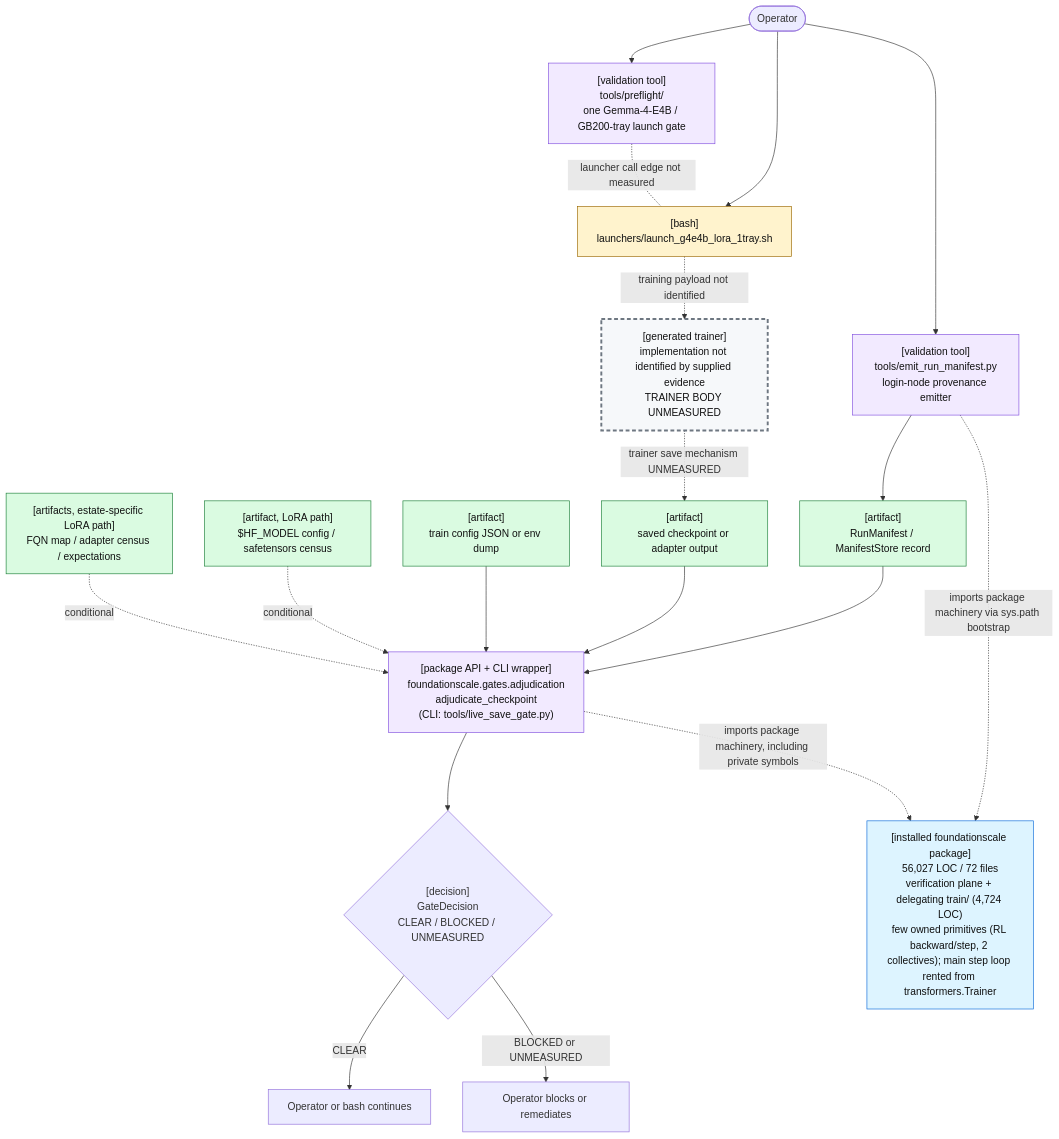
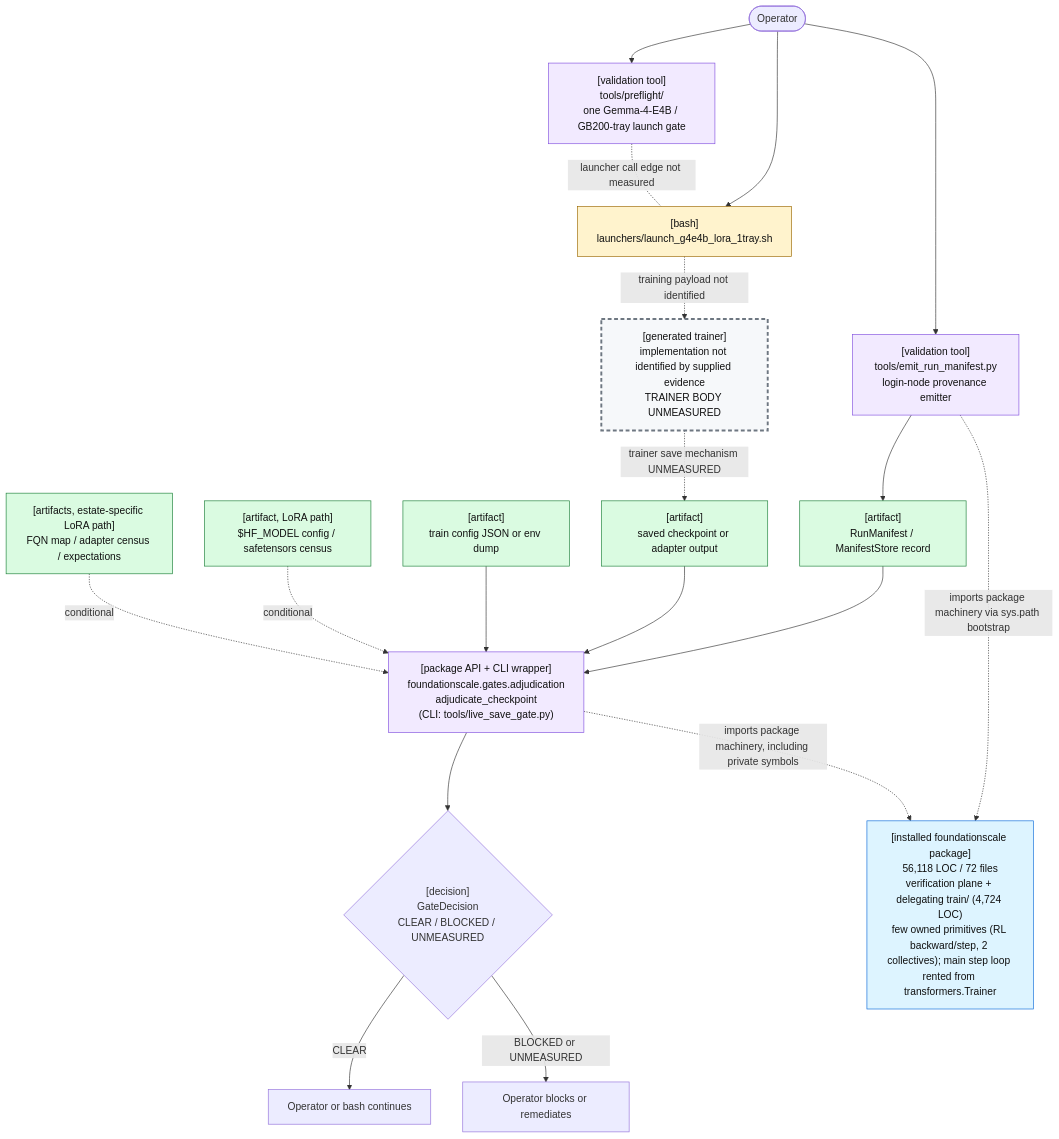
One commit to TranNhiem/FoundationScale changed the first of 2 diagrams in docs/review/D2_current_architecture.md. Above: the diagram before and after it, drawn with Mermaid. The commit also changed other lines of this file and 13 other files, not shown here.

````diff
--- a/docs/review/D2_current_architecture.md
+++ b/docs/review/D2_current_architecture.md
@@ -25,59 +25,59 @@
 ```mermaid
 flowchart TB
   O(["Operator"])
 
   PF["[validation tool]<br/>tools/preflight/<br/>one Gemma-4-E4B / GB200-tray launch gate"]
   L["[bash]<br/>launchers/launch_g4e4b_lora_1tray.sh"]
 
   E["[validation tool]<br/>tools/emit_run_manifest.py<br/>login-node provenance emitter"]
   M["[artifact]<br/>RunManifest / ManifestStore record"]
 
   T["[generated trainer]<br/>implementation not identified by supplied evidence<br/>TRAINER BODY UNMEASURED"]
   C["[artifact]<br/>saved checkpoint or adapter output"]
 
   G["[package API + CLI wrapper]<br/>foundationscale.gates.adjudication<br/>adjudicate_checkpoint<br/>(CLI: tools/live_save_gate.py)"]
   CFG["[artifact]<br/>train config JSON or env dump"]
   BASE["[artifact, LoRA path]<br/>$HF_MODEL config / safetensors census"]
   CEN["[artifacts, estate-specific LoRA path]<br/>FQN map / adapter census / expectations"]
 
   D{"[decision]<br/>GateDecision<br/>CLEAR / BLOCKED / UNMEASURED"}
   OK["Operator or bash continues"]
   NO["Operator blocks or remediates"]
 
-  PKG["[installed foundationscale package]<br/>56,027 LOC / 72 files<br/>verification plane + delegating train/ (4,724 LOC)<br/>few owned primitives (RL backward/step, 2 collectives); main step loop rented from transformers.Trainer"]
+  PKG["[installed foundationscale package]<br/>56,118 LOC / 72 files<br/>verification plane + delegating train/ (4,724 LOC)<br/>few owned primitives (RL backward/step, 2 collectives); main step loop rented from transformers.Trainer"]
 
   O --> PF
   O --> L
   PF -. "launcher call edge not measured" .- L
 
   O --> E
   E --> M
 
   L -. "training payload not identified" .-> T
   T -. "trainer save mechanism UNMEASURED" .-> C
 
   M --> G
   C --> G
   CFG --> G
   BASE -. "conditional" .-> G
   CEN -. "conditional" .-> G
 
   E -. "imports package machinery via sys.path bootstrap" .-> PKG
   G -. "imports package machinery, including private symbols" .-> PKG
 
   G --> D
   D -->|"CLEAR"| OK
   D -->|"BLOCKED or UNMEASURED"| NO
 
   classDef bash fill:#fff3cd,stroke:#9a6700,color:#111;
   classDef tool fill:#f2eaff,stroke:#8250df,color:#111;
   classDef artifact fill:#dafbe1,stroke:#1a7f37,color:#111;
   classDef gap fill:#f6f8fa,stroke:#6e7781,stroke-width:3px,stroke-dasharray: 6 4,color:#111;
   classDef pkg fill:#ddf4ff,stroke:#0969da,color:#111;
 
   class L bash;
   class PF,E,G tool;
   class M,C,CFG,BASE,CEN artifact;
   class T gap;
   class PKG pkg;
 ```
````
